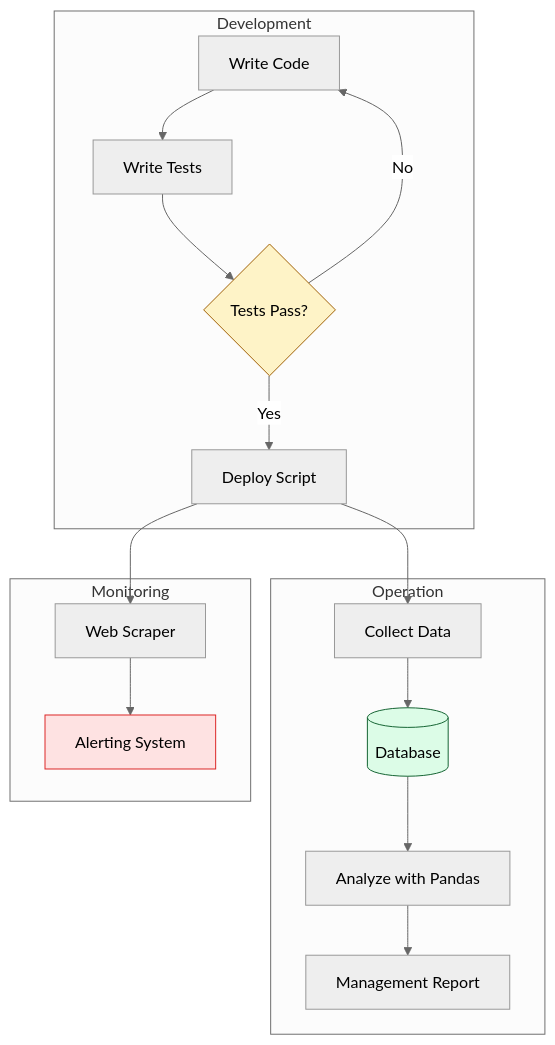
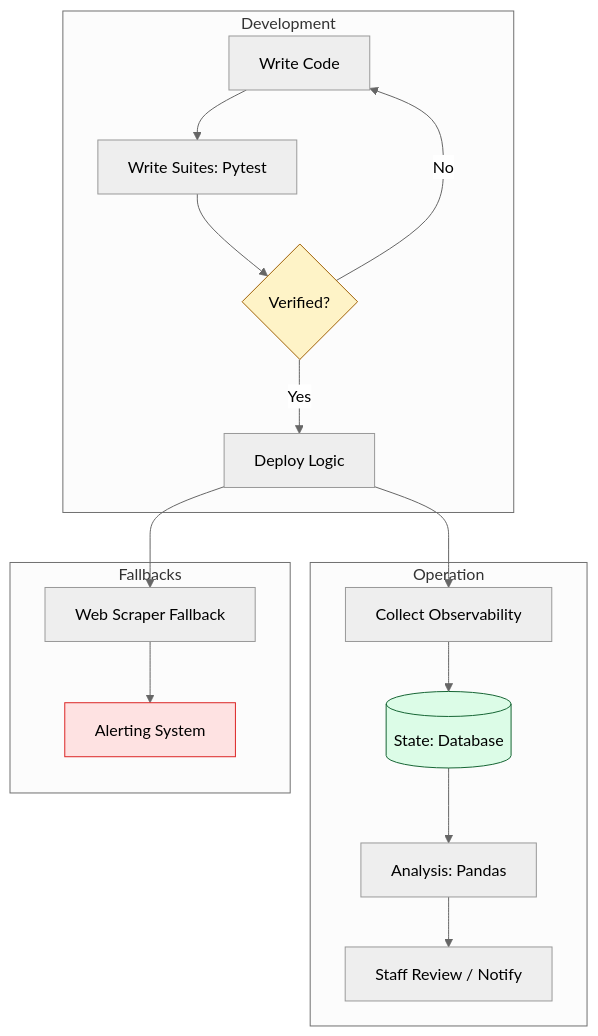
One commit to Ganil151/Devops changed the diagram in 2-Intermediate/02-Phase-2/01-Infrastructure-Automation/01-Scripting-Automation/02-Python-for-Infrastructure/04-Part-4-The-Safety-Net/README.md. Above: the diagram before and after it, drawn with Mermaid (neutral theme). The commit also changed other lines of this file and 77 other files, not shown here.

````diff
--- a/2-Intermediate/02-Phase-2/01-Infrastructure-Automation/01-Scripting-Automation/02-Python-for-Infrastructure/04-Part-4-The-Safety-Net/README.md
+++ b/2-Intermediate/02-Phase-2/01-Infrastructure-Automation/01-Scripting-Automation/02-Python-for-Infrastructure/04-Part-4-The-Safety-Net/README.md
@@ -51,25 +39,25 @@
 ```mermaid
 graph TD
     subgraph Development
-        A[Write Code] --> B[Write Tests]
-        B --> C{Tests Pass?}
+        A[Write Code] --> B[Write Suites: Pytest]
+        B --> C{Verified?}
         C -->|No| A
-        C -->|Yes| D[Deploy Script]
+        C -->|Yes| D[Deploy Logic]
     end
 
     subgraph Operation
-        D --> E[Collect Data]
-        E --> F[(Database)]
-        F --> G[Analyze with Pandas]
-        G --> H[Management Report]
+        D --> E[Collect Observability]
+        E --> F[(State: Database)]
+        F --> G[Analysis: Pandas]
+        G --> H[Staff Review / Notify]
     end
 
-    subgraph Monitoring
-        D --> I[Web Scraper]
+    subgraph Fallbacks
+        D --> I[Web Scraper Fallback]
         I --> J[Alerting System]
     end
 
     style C fill:#fef3c7,stroke:#a16207
     style F fill:#dcfce7,stroke:#166534
     style J fill:#fee2e2,stroke:#dc2626
 ```
````
